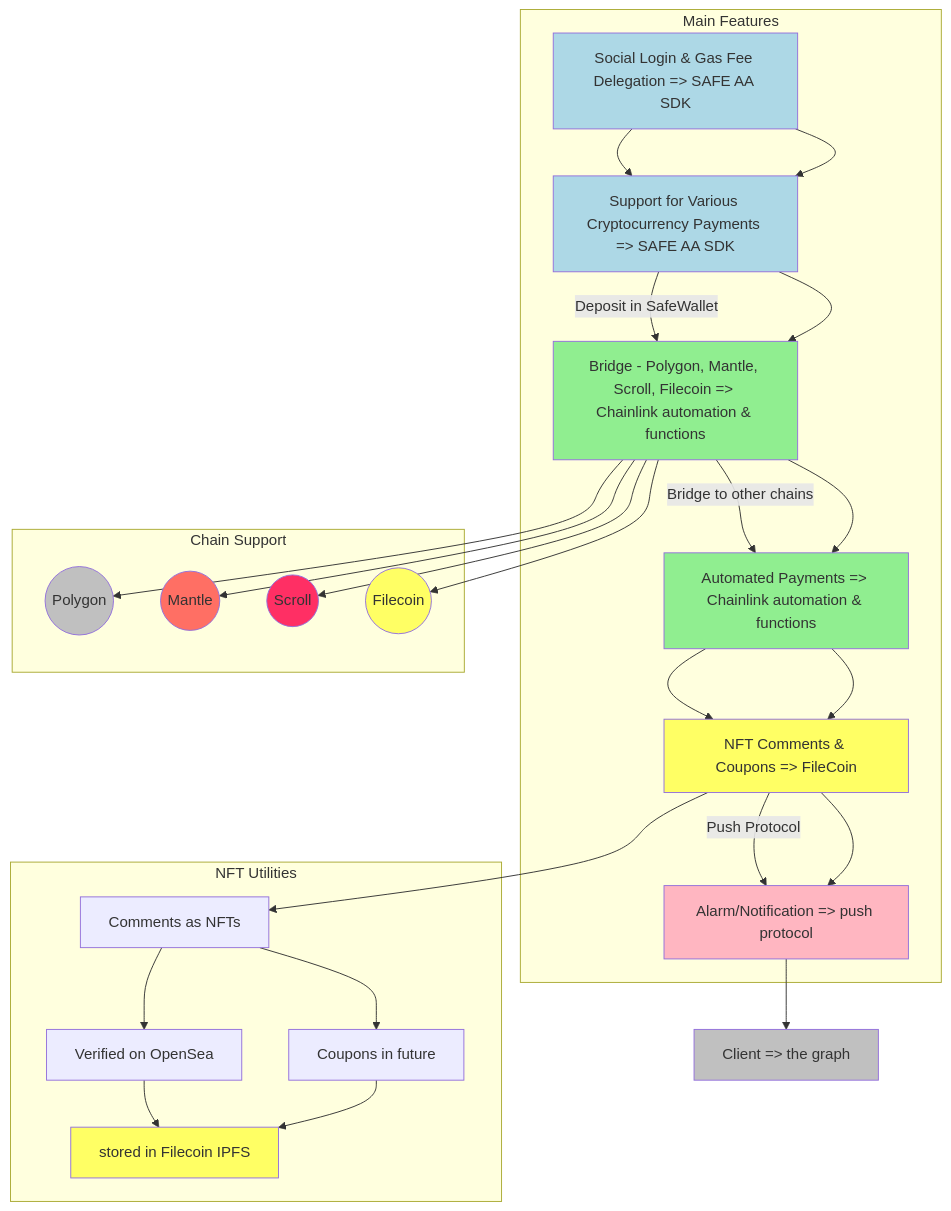
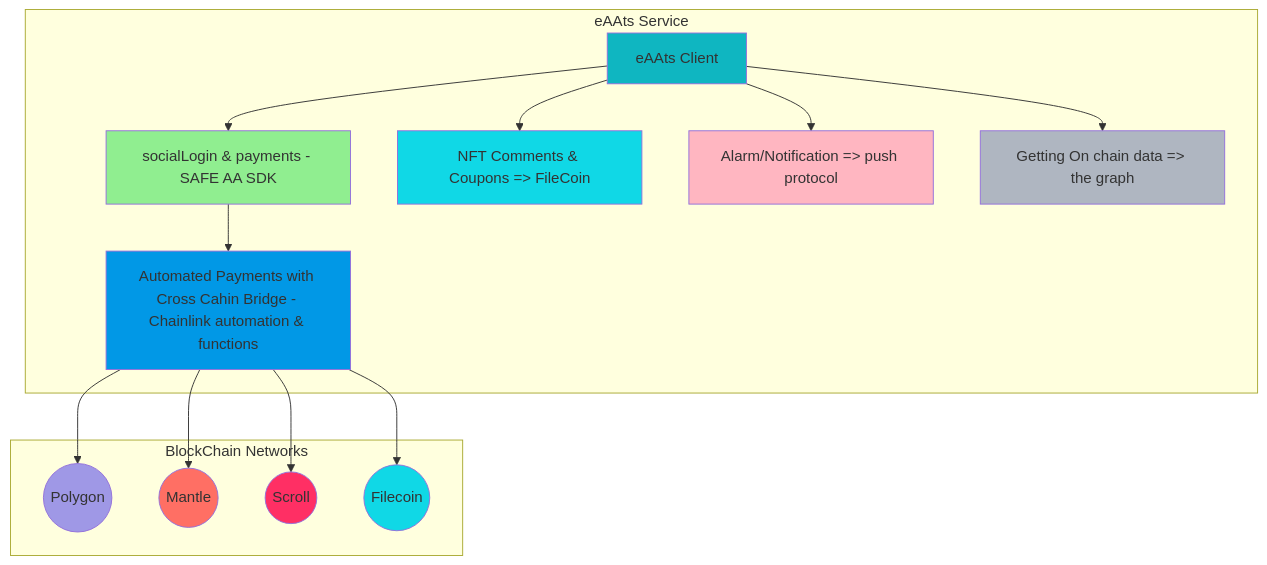
One commit to eAAts/.github changed the diagram in profile/README.md. Above: the diagram before and after it, drawn with Mermaid.

````diff
--- a/profile/README.md
+++ b/profile/README.md
@@ -34,63 +34,41 @@
 ```mermaid
 graph TD
 
-    A[Social Login & Gas Fee Delegation => SAFE AA SDK]
-    B[Support for Various Cryptocurrency Payments => SAFE AA SDK]
-    C[Bridge - Polygon, Mantle, Scroll, Filecoin => Chainlink automation & functions]
-    D[Automated Payments => Chainlink automation & functions]
-    E[NFT Comments & Coupons => FileCoin]
-    F[Alarm/Notification => push protocol]
-    G[Client => the graph]
+    A[eAAts Client]
+    B[socialLogin & payments - SAFE AA SDK]
+    C[Automated Payments with Cross Cahin Bridge - Chainlink automation & functions]
+    D[NFT Comments & Coupons => FileCoin]
+    E[Alarm/Notification => push protocol]
+    F[Getting On chain data => the graph]
 
-    A --> B
-    B -->|Deposit in SafeWallet| C
-    C -->|Bridge to other chains| D
-    D --> E
-    E -->|Push Protocol| F
-    F --> G
-
-    subgraph Main Features
+    subgraph eAAts Service
       A --> B
       B --> C
-      C --> D
-      D --> E
-      E --> F
+      A --> D
+      A --> E
+      A --> F
     end
 
-    subgraph Chain Support
+    subgraph BlockChain Networks
       C1((Polygon))
       C2((Mantle))
       C3((Scroll))
       C4((Filecoin))
       C --> C1
       C --> C2
       C --> C3
       C --> C4
     end
 
-    subgraph NFT Utilities
-      E1[Comments as NFTs]
-      E2[Verified on OpenSea]
-      E3[Coupons in future]
-      E4[stored in Filecoin IPFS]
-      E --> E1
-      E1 --> E2
-      E1 --> E3
-      E2 --> E4
-      E3 --> E4
-    end
+    style A fill:#0FB6C1
+    style B fill:#90EE90 
+    style C fill:#0198E6
+    style D fill:#10D8E6
+    style E fill:#FFB6C1
+    style F fill:#aFB6C1
 
-    style A fill:#ADD8E6
-    style B fill:#ADD8E6
-    style C fill:#90EE90
-    style D fill:#90EE90
-    style E fill:#FFFF64
-    style F fill:#FFB6C1
-    style G fill:#C0C0C0
-    style E4 fill:#FFFF64
-
-    style C1 fill:#C0C0C0, fontColor: #fff
-    style C2 fill:#FF6F64, fontColor:#fff
-    style C3 fill:#FF2F64, fontColor:#fff
-    style C4 fill:#FFFF64
+    style C1 fill:#9F98E6
+    style C2 fill:#FF6F64
+    style C3 fill:#FF2F64
+    style C4 fill:#10D8E6
 ```
````
